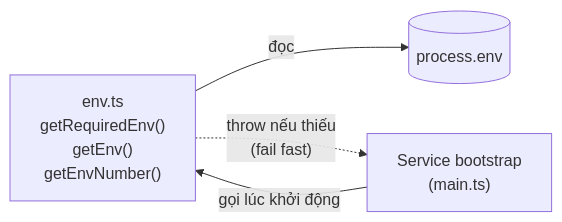
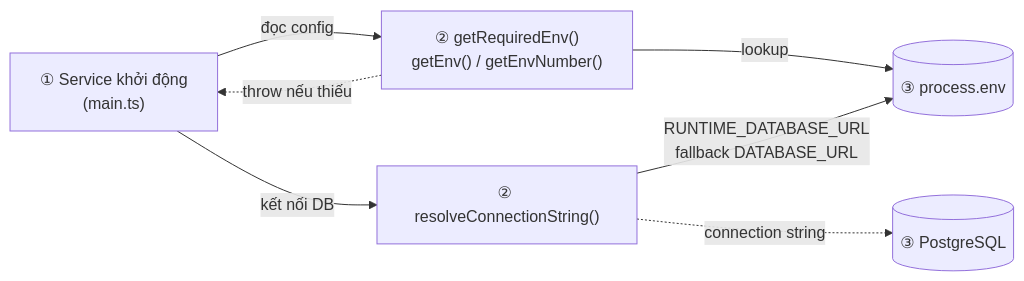
Diagram 11 of 11 in docs/architecture/system-overview.md (ndmthuan97/ERP-Prototype-Example), drawn with Mermaid before and after one commit. The commit also changed other lines of this file, not shown here.

Commit message:
docs: add system overview documentation including architecture, tech stack, and service communication flows

````diff
--- a/docs/architecture/system-overview.md
+++ b/docs/architecture/system-overview.md
@@ -482,11 +473,14 @@
 ```mermaid
 flowchart LR
-    ENV["env.ts\ngetRequiredEnv()\ngetEnv()\ngetEnvNumber()"]
+    BOOT["① Service khởi động\n(main.ts)"]
+    ENV["② getRequiredEnv()\ngetEnv() / getEnvNumber()"]
+    PENV[("③ process.env")]
 
-    BOOT["Service bootstrap\n(main.ts)"]
-    PENV[("process.env")]
+    PRS["② resolveConnectionString()"]
+    DB[("③ PostgreSQL")]
 
-    BOOT -- "gọi lúc khởi động" --> ENV
-    ENV -- "đọc" --> PENV
-    ENV -. "throw nếu thiếu\n(fail fast)" .-> BOOT
+    BOOT -- "đọc config" --> ENV -- "lookup" --> PENV
+    ENV -. "throw nếu thiếu" .-> BOOT
+    BOOT -- "kết nối DB" --> PRS -- "RUNTIME_DATABASE_URL\nfallback DATABASE_URL" --> PENV
+    PRS -. "connection string" .-> DB
 ```
````
